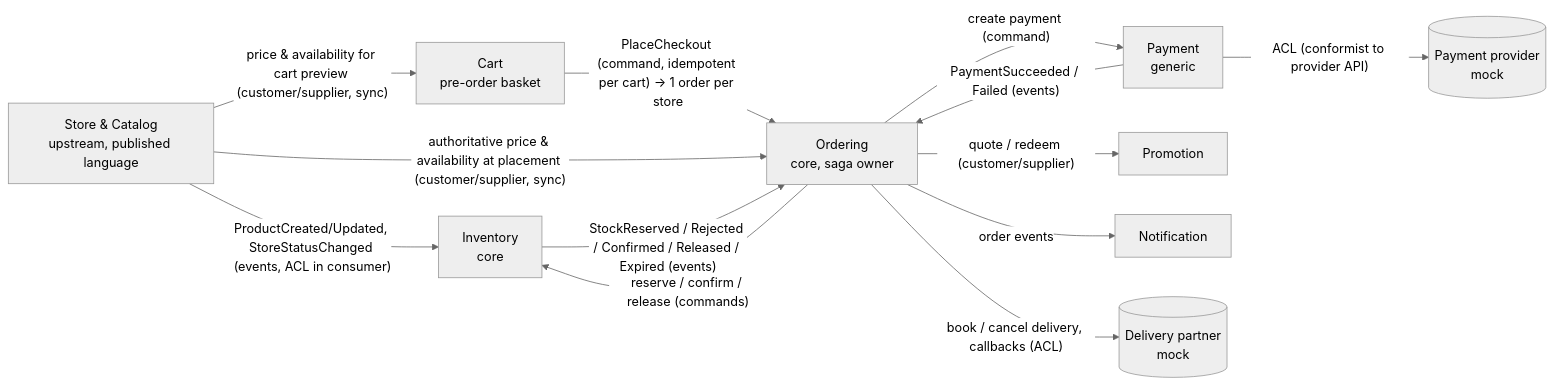
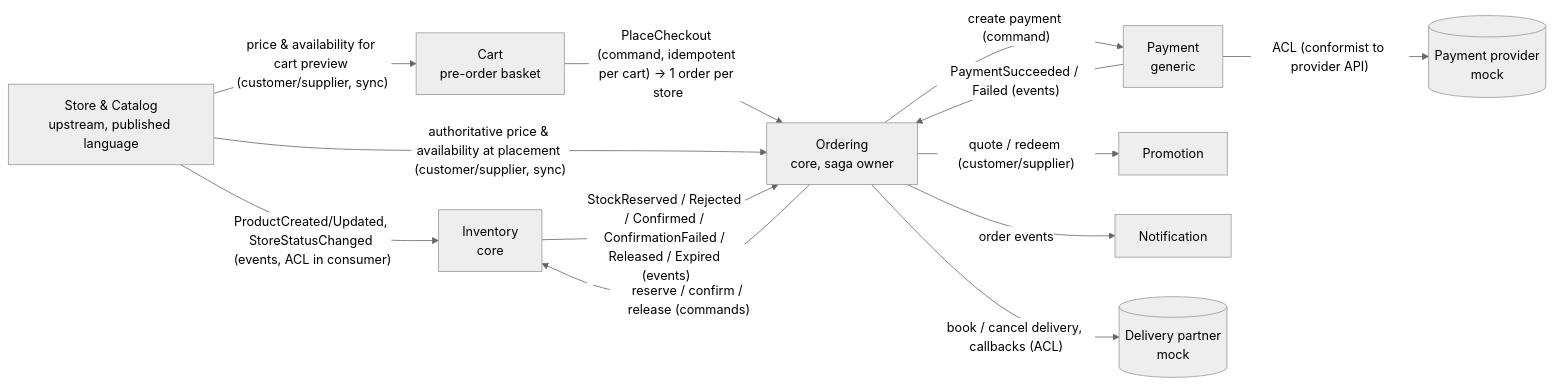
The first of 2 diagrams in architecture/vision.md (domt97/oms-workspace), drawn with Mermaid (neutral theme) before and after one commit. The commit also changed other lines of this file and 19 other files, not shown here.

````diff
--- a/architecture/vision.md
+++ b/architecture/vision.md
@@ -89,25 +89,25 @@
 ```mermaid
 flowchart LR
     Store[Store & Catalog<br/>upstream, published language]
     Inv[Inventory<br/>core]
     Cart[Cart<br/>pre-order basket]
     Ord[Ordering<br/>core, saga owner]
     Pay[Payment<br/>generic]
     Promo[Promotion]
     Notif[Notification]
     PSP[(Payment provider<br/>mock)]
     DLV[(Delivery partner<br/>mock)]
 
     Store -- "ProductCreated/Updated, StoreStatusChanged (events, ACL in consumer)" --> Inv
     Store -- "price & availability for cart preview (customer/supplier, sync)" --> Cart
     Cart -- "PlaceCheckout (command, idempotent per cart) → 1 order per store" --> Ord
     Store -- "authoritative price & availability at placement (customer/supplier, sync)" --> Ord
     Ord -- "reserve / confirm / release (commands)" --> Inv
-    Inv -- "StockReserved / Rejected / Confirmed / Released / Expired (events)" --> Ord
+    Inv -- "StockReserved / Rejected / Confirmed / ConfirmationFailed / Released / Expired (events)" --> Ord
     Ord -- "quote / redeem (customer/supplier)" --> Promo
     Ord -- "create payment (command)" --> Pay
     Pay -- "PaymentSucceeded / Failed (events)" --> Ord
     Pay -- "ACL (conformist to provider API)" --> PSP
     Ord -- "book / cancel delivery, callbacks (ACL)" --> DLV
     Ord -- "order events" --> Notif
 ```
````
